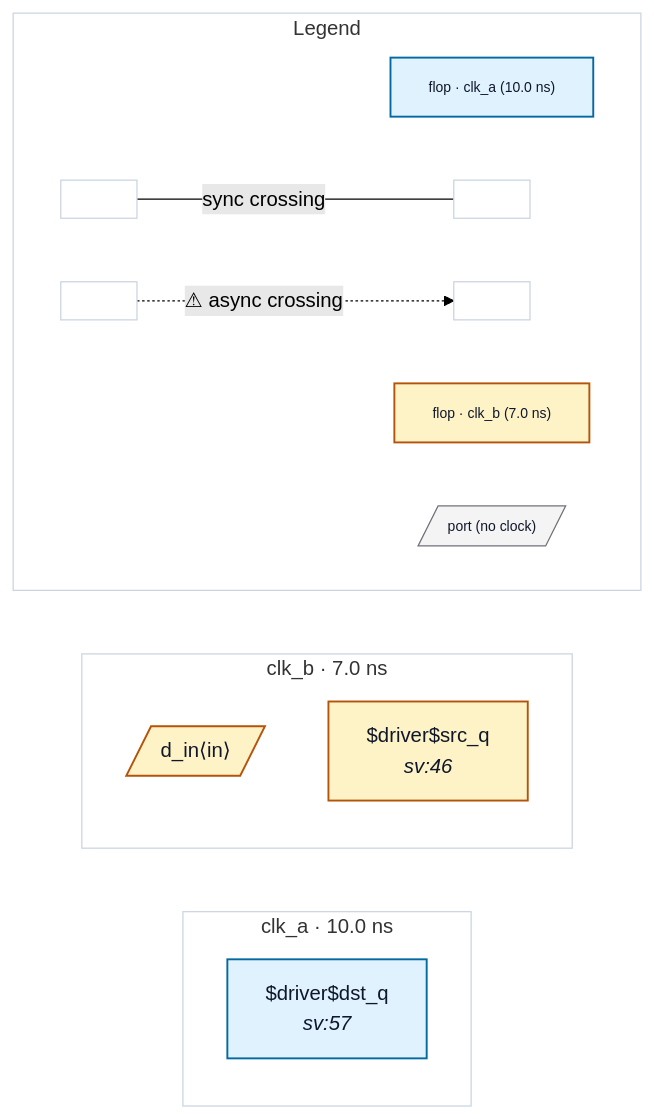
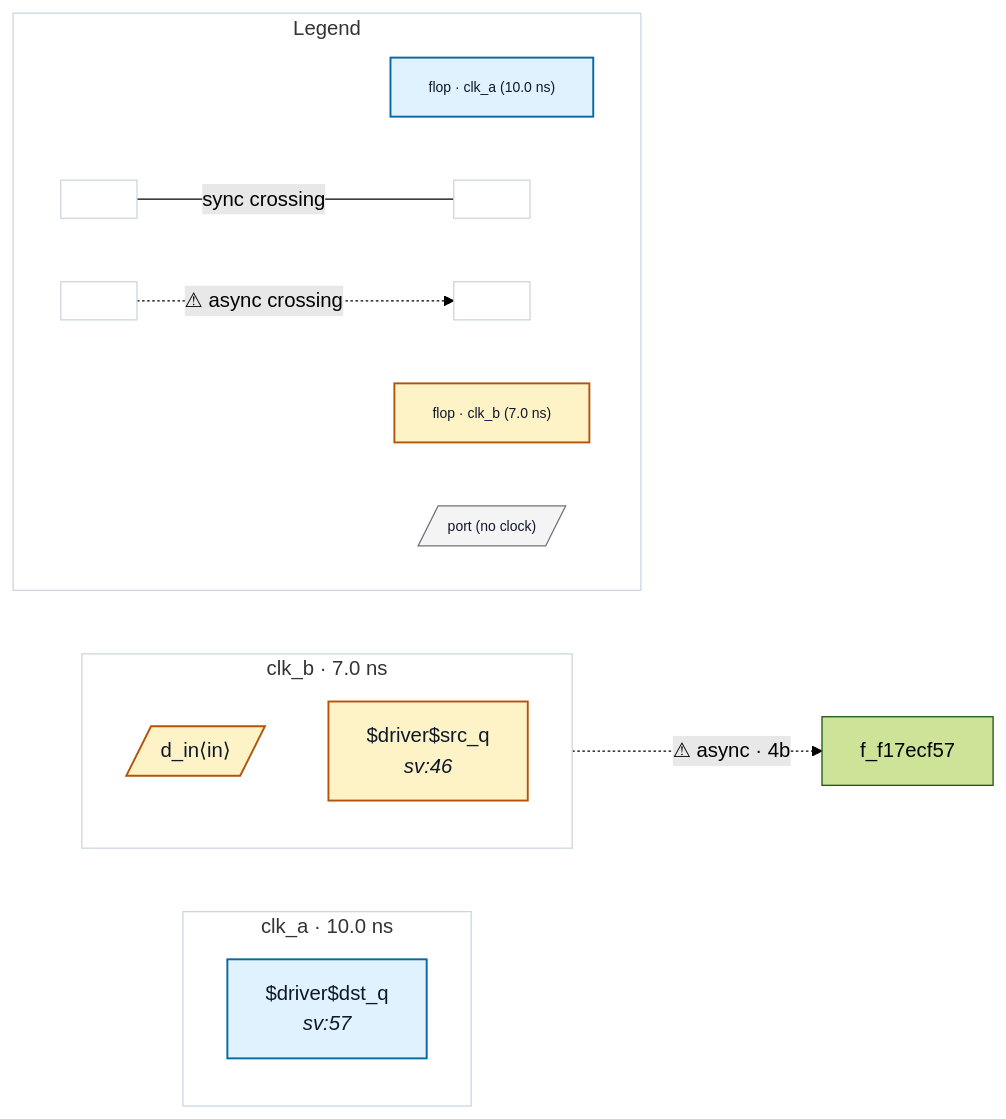
The diagram in tests/fixtures/foreign_input_no_abstract/README.md (rtl-buddy/rtl-buddy-cdc), drawn with Mermaid (forest theme) before and after one commit. The commit also changed other lines of this file and 11 other files, not shown here.

````diff
--- a/tests/fixtures/foreign_input_no_abstract/README.md
+++ b/tests/fixtures/foreign_input_no_abstract/README.md
@@ -22,39 +20,40 @@
 ```mermaid
 %% top — generated by rtl-buddy-cdc render
 flowchart LR
   subgraph clk_clk_a["clk_a · 10.0 ns"]
     direction TB
     f_52c1c031["$driver$dst_q<br/><i>sv:57</i>"]:::ckcls_clk_a
   end
   subgraph clk_clk_b["clk_b · 7.0 ns"]
     direction TB
     p_in_d_in[/"d_in⟨in⟩"/]:::ckcls_clk_b
     f_5141a504["$driver$src_q<br/><i>sv:46</i>"]:::ckcls_clk_b
   end
+  f_5141a504 -. "⚠ async · 4b" .-> f_f17ecf57
   subgraph rb_legend["Legend"]
     direction LR
     lg_clk_clk_a["flop · clk_a (10.0 ns)"]:::ckcls_clk_a
     lg_clk_clk_b["flop · clk_b (7.0 ns)"]:::ckcls_clk_b
     lg_port[/"port (no clock)"/]:::port_unassigned
     lg_sync_a[" "]:::ckcls_legend_neutral
     lg_sync_b[" "]:::ckcls_legend_neutral
     lg_async_a[" "]:::ckcls_legend_neutral
     lg_async_b[" "]:::ckcls_legend_neutral
     lg_sync_a --- |"sync crossing"| lg_sync_b
     lg_async_a -. "⚠ async crossing" .-> lg_async_b
   end
   style clk_clk_a fill:none,stroke:#cbd5e1
   style clk_clk_b fill:none,stroke:#cbd5e1
   style rb_legend fill:none,stroke:#cbd5e1
   style lg_clk_clk_a font-size:11px
   style lg_clk_clk_b font-size:11px
   style lg_port font-size:11px
   style lg_sync_a font-size:11px
   style lg_sync_b font-size:11px
   style lg_async_a font-size:11px
   style lg_async_b font-size:11px
   classDef ckcls_clk_a fill:#e0f2fe,stroke:#0369a1,stroke-width:1.5px,color:#0f172a
   classDef ckcls_clk_b fill:#fef3c7,stroke:#b45309,stroke-width:1.5px,color:#0f172a
   classDef port_unassigned fill:#f4f4f5,stroke:#71717a,color:#0f172a
   classDef ckcls_legend_neutral fill:#ffffff,stroke:#cbd5e1,stroke-width:1px,color:#0f172a
 ```
````
